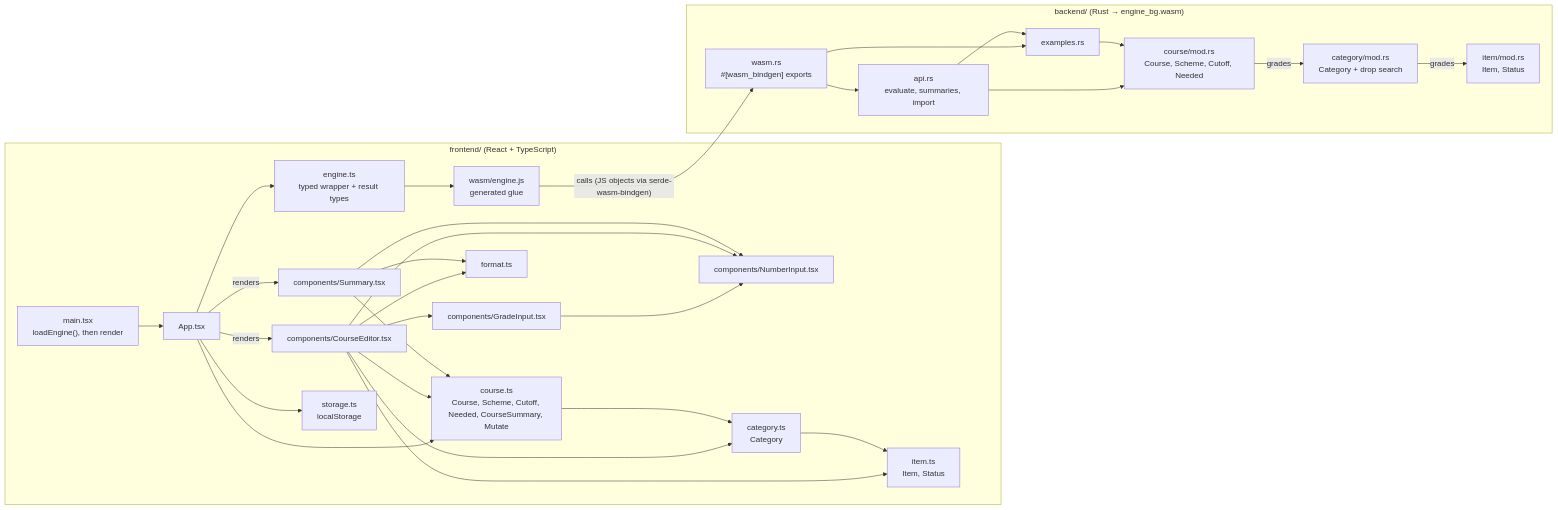
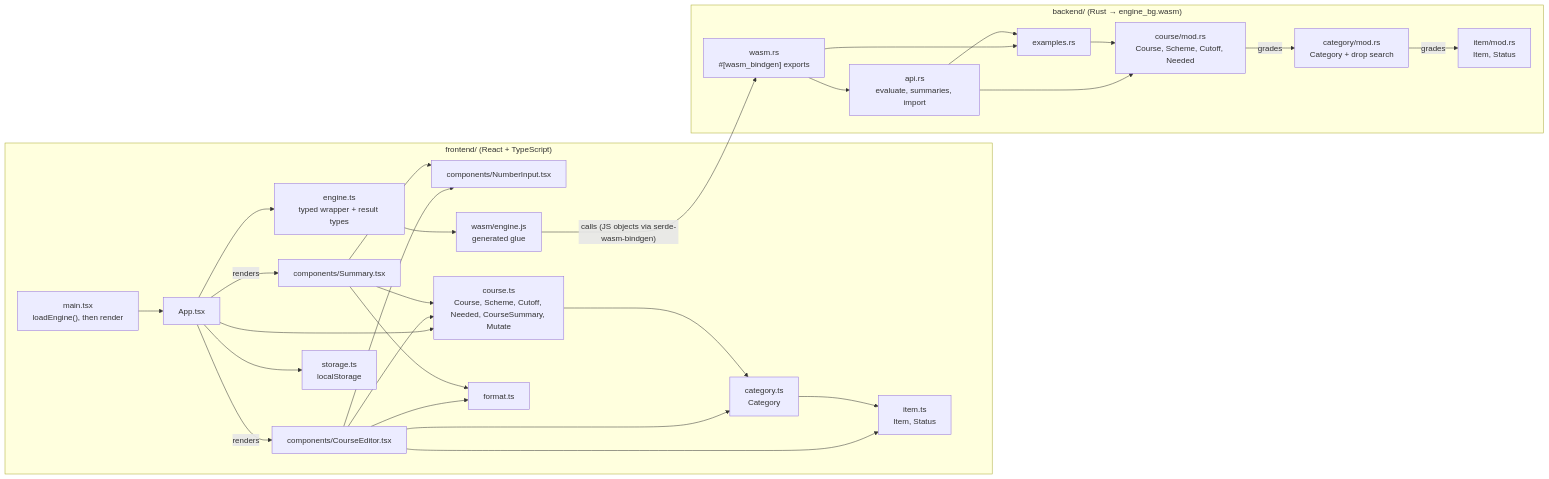
Before and after one commit to Patman1O1/grade-calculator: the first of 9 diagrams in docs/uml.md, drawn with Mermaid. The commit also changed other lines of this file and 6 other files, not shown here.

````diff
--- a/docs/uml.md
+++ b/docs/uml.md
@@ -20,51 +20,49 @@
 ```mermaid
 flowchart LR
   subgraph frontend["frontend/ (React + TypeScript)"]
     main["main.tsx<br/>loadEngine(), then render"]
     App["App.tsx"]
     CourseEditor["components/CourseEditor.tsx"]
     Summary["components/Summary.tsx"]
-    GradeInput["components/GradeInput.tsx"]
     NumberInput["components/NumberInput.tsx"]
     coursets["course.ts<br/>Course, Scheme, Cutoff, Needed, CourseSummary, Mutate"]
     categoryts["category.ts<br/>Category"]
     itemts["item.ts<br/>Item, Status"]
     enginets["engine.ts<br/>typed wrapper + result types"]
     glue["wasm/engine.js<br/>generated glue"]
     storage["storage.ts<br/>localStorage"]
     format["format.ts"]
   end
   subgraph engine["backend/ (Rust → engine_bg.wasm)"]
     wasm["wasm.rs<br/>#[wasm_bindgen] exports"]
     api["api.rs<br/>evaluate, summaries, import"]
     item["item/mod.rs<br/>Item, Status"]
     category["category/mod.rs<br/>Category + drop search"]
     course["course/mod.rs<br/>Course, Scheme, Cutoff, Needed"]
     examples["examples.rs"]
   end
 
   main --> App
   App --> enginets --> glue
   App --> storage
   App -->|renders| CourseEditor
   App -->|renders| Summary
-  CourseEditor --> GradeInput --> NumberInput
   CourseEditor --> NumberInput
   Summary --> NumberInput
   CourseEditor --> format
   Summary --> format
   App --> coursets
   CourseEditor --> coursets
   CourseEditor --> categoryts
   CourseEditor --> itemts
   Summary --> coursets
   coursets --> categoryts --> itemts
   glue -->|"calls (JS objects via serde-wasm-bindgen)"| wasm
   wasm --> api
   wasm --> examples
   api --> course
   api --> examples
   examples --> course
   course -->|grades| category
   category -->|grades| item
 ```
````
